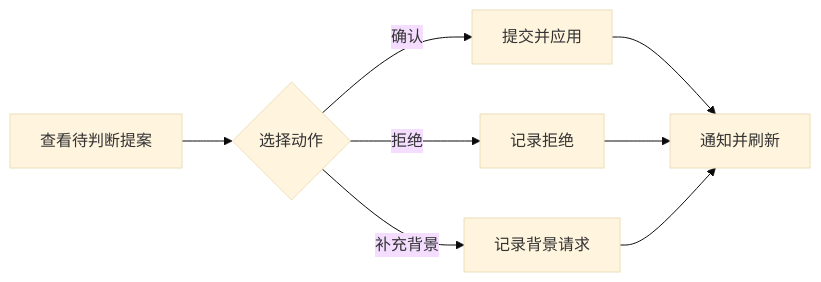
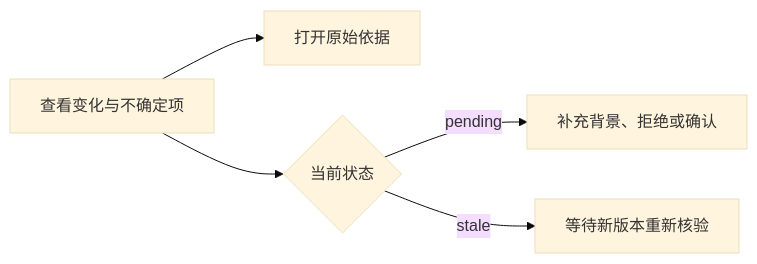
The diagram in .repo-review/knowledge/articles/1d19197dfd0e1a844770e51be28ef17e866b29a3a26d421dabf55605fe1dc2a2.md (lejunyang/omem), drawn with Mermaid (base theme) before and after one commit. The commit also changed other lines of this file and 97 other files, not shown here.

````diff
--- a/.repo-review/knowledge/articles/1d19197dfd0e1a844770e51be28ef17e866b29a3a26d421dabf55605fe1dc2a2.md
+++ b/.repo-review/knowledge/articles/1d19197dfd0e1a844770e51be28ef17e866b29a3a26d421dabf55605fe1dc2a2.md
@@ -19,10 +17,7 @@
 ```mermaid
 flowchart LR
-  A[查看待判断提案] --> B{选择动作}
-  B -->|确认| C[提交并应用]
-  B -->|拒绝| D[记录拒绝]
-  B -->|补充背景| E[记录背景请求]
-  C --> F[通知并刷新]
-  D --> F
-  E --> F
+  A[查看变化与不确定项] --> B[打开原始依据]
+  A --> C{当前状态}
+  C -->|pending| D[补充背景、拒绝或确认]
+  C -->|stale| E[等待新版本重新核验]
 ```
````
